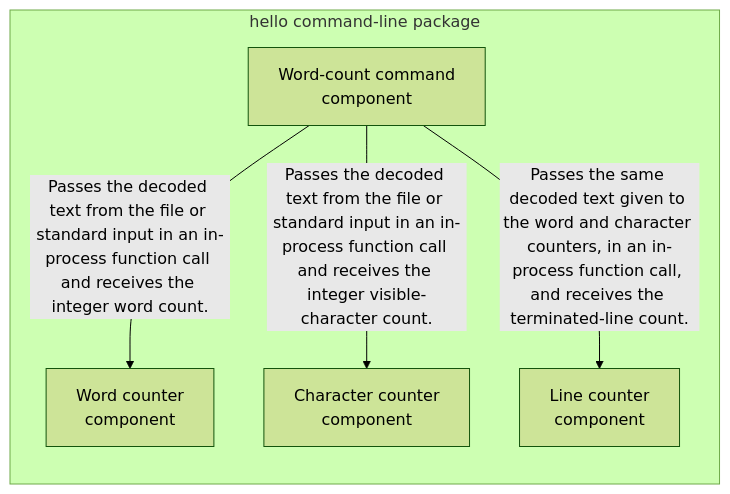
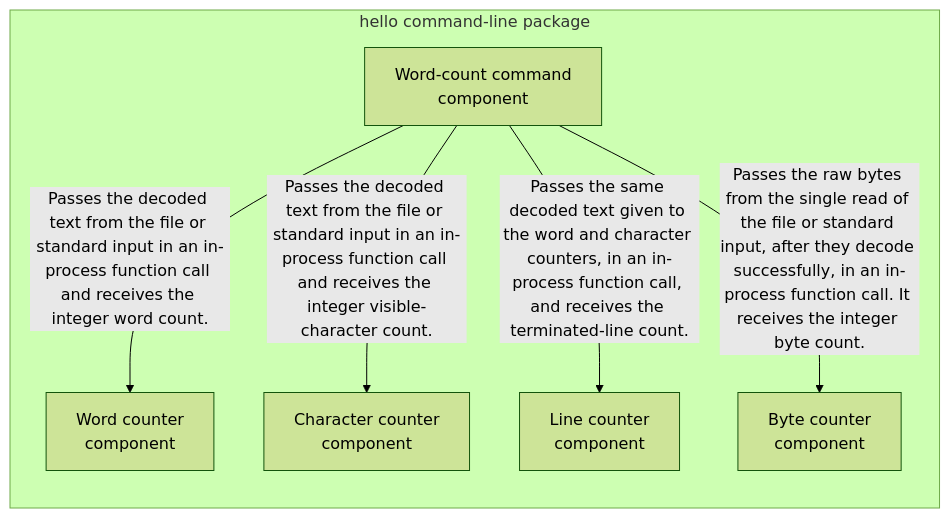
The third of 3 diagrams in docs/architecture.md (mcrasso-marsie/hello), drawn with Mermaid (forest theme) before and after one commit. The commit also changed other lines of this file, not shown here.

Commit message:
docs(architecture): apply SPEC-0005 (workflow 5637fa07aad54989a185407b5e23f8da)

````diff
--- a/docs/architecture.md
+++ b/docs/architecture.md
@@ -64,15 +64,17 @@
 ```mermaid
 flowchart LR
 classDef added fill:#c8f7c5,stroke:#2e7d32
 classDef changed fill:#fff3b0,stroke:#b59f00
 classDef removed fill:#f8c8c8,stroke:#c62828
 subgraph hello_cli["hello command-line package"]
   word_count_command["Word-count command<br/>component"]
   word_counter["Word counter<br/>component"]
   character_counter["Character counter<br/>component"]
   line_counter["Line counter<br/>component"]
+  byte_counter["Byte counter<br/>component"]
 end
 word_count_command -->|"Passes the decoded text from the file or standard input in an in-process function call and receives the integer word count."| word_counter
 word_count_command -->|"Passes the decoded text from the file or standard input in an in-process function call and receives the integer visible-character count."| character_counter
 word_count_command -->|"Passes the same decoded text given to the word and character counters, in an in-process function call, and receives the terminated-line count."| line_counter
+word_count_command -->|"Passes the raw bytes from the single read of the file or standard input, after they decode successfully, in an in-process function call. It receives the integer byte count."| byte_counter
 ```
````
